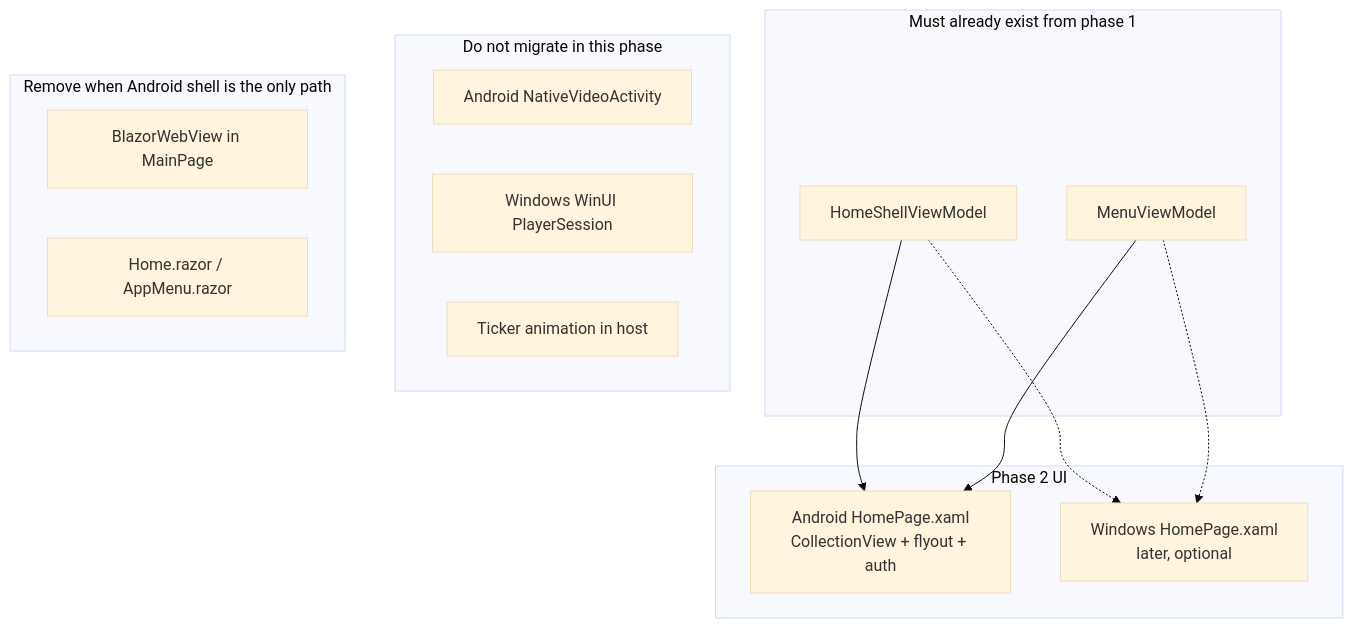
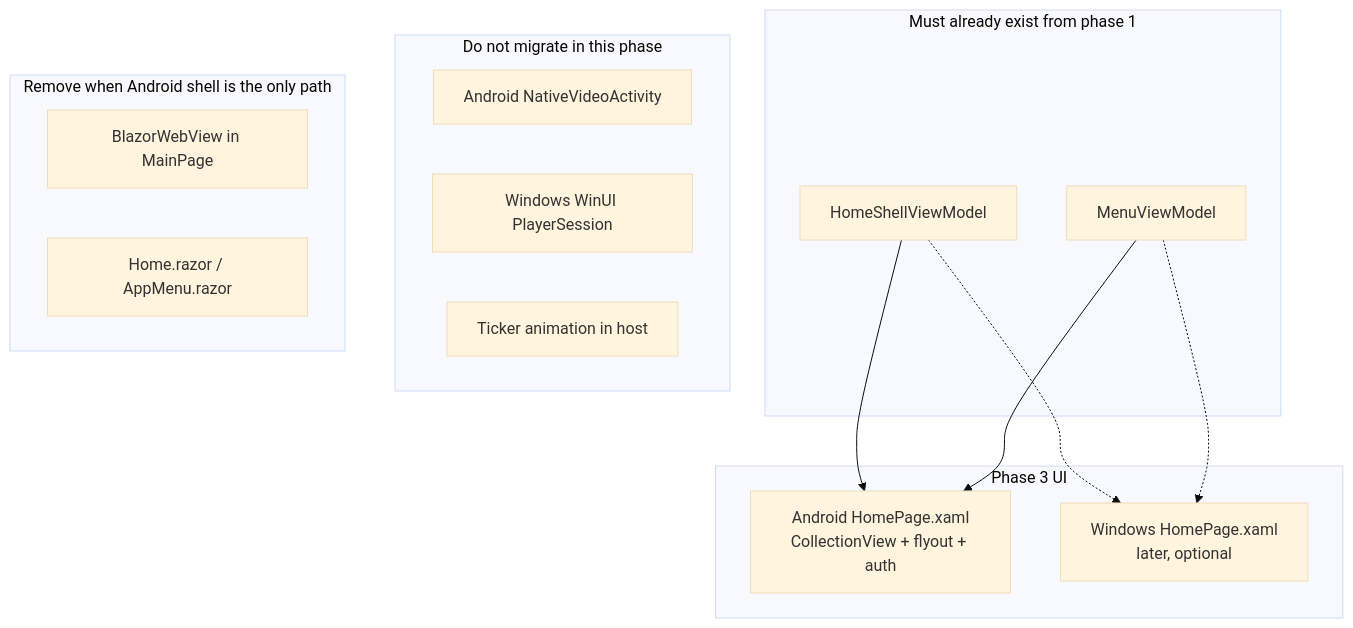
The diagram in docs/architecture/phase-2-webview-xaml.md (Vardy-Party/Client), drawn with Mermaid (base theme) before and after one commit. The commit also changed other lines of this file and 202 other files, not shown here.

````diff
--- a/docs/architecture/phase-2-webview-xaml.md
+++ b/docs/architecture/phase-2-webview-xaml.md
@@ -11,28 +13,28 @@
 ```mermaid
 flowchart TB
   subgraph Ready["Must already exist from phase 1"]
     HVM["HomeShellViewModel"]
     MVM["MenuViewModel"]
   end
 
-  subgraph Phase2["Phase 2 UI"]
+  subgraph Phase3["Phase 3 UI"]
     AH["Android HomePage.xaml<br/>CollectionView + flyout + auth"]
     WH["Windows HomePage.xaml<br/>later, optional"]
   end
 
   subgraph Leave["Do not migrate in this phase"]
     NVA["Android NativeVideoActivity"]
     WNP["Windows WinUI PlayerSession"]
     Ticker["Ticker animation in host"]
   end
 
   subgraph Kill["Remove when Android shell is the only path"]
     BWV["BlazorWebView in MainPage"]
     Razor["Home.razor / AppMenu.razor"]
   end
 
   HVM --> AH
   MVM --> AH
   HVM -.-> WH
   MVM -.-> WH
 ```
````
